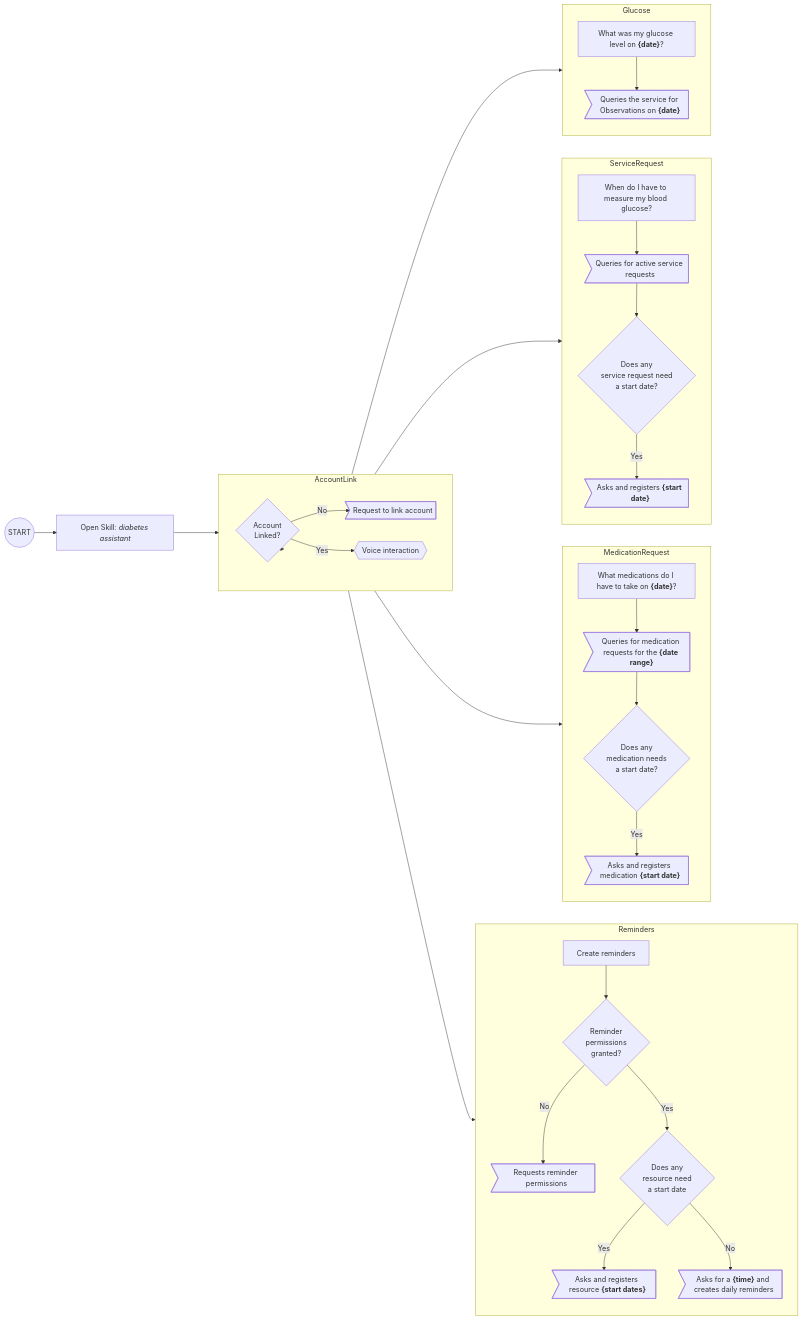
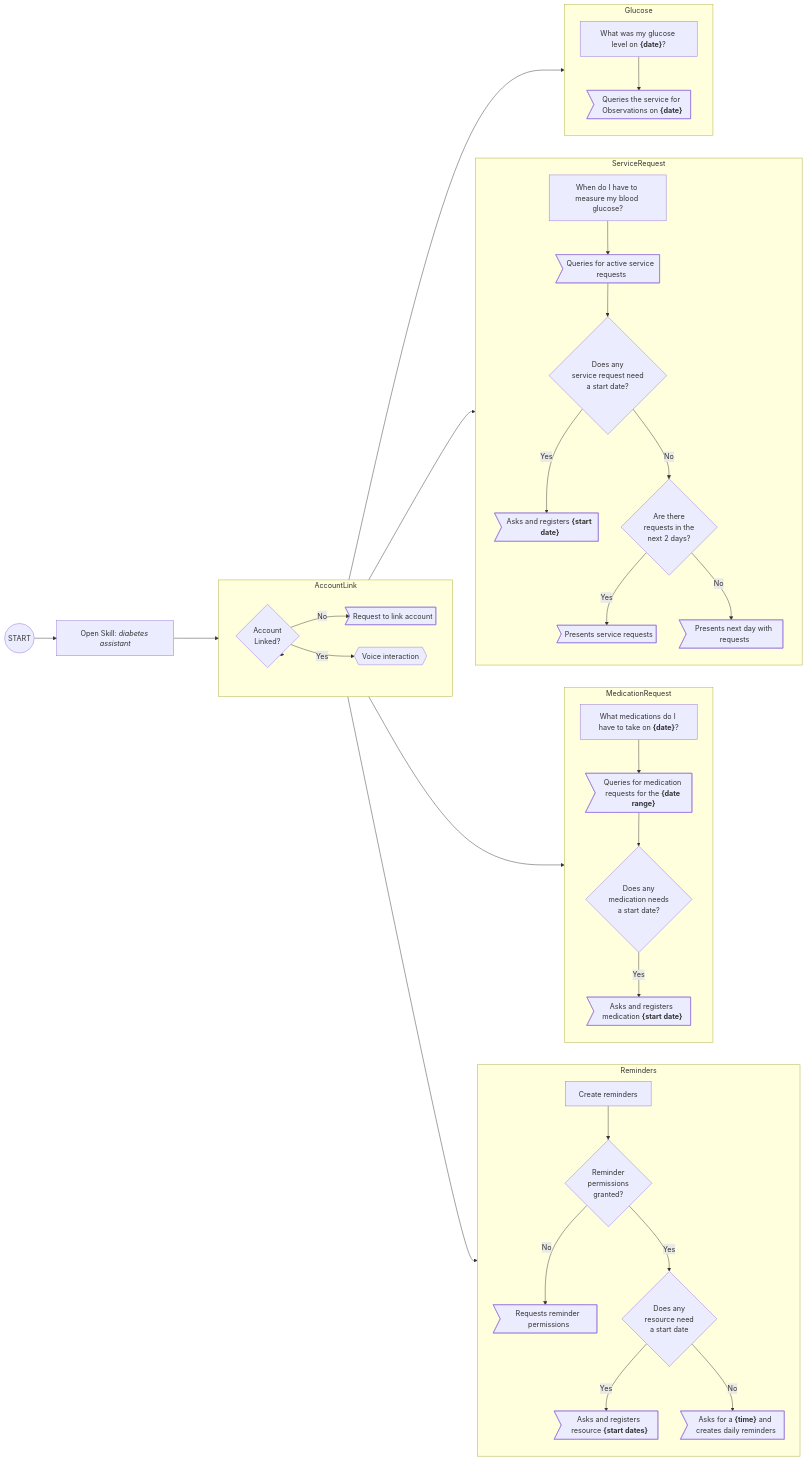
One commit to adonozo/diabetes-assistant-skill changed the sixth of 6 diagrams in alexa-model.md. Above: the diagram before and after it, drawn with Mermaid. The commit also changed other lines of this file and 2 other files, not shown here.

Commit message:
Add search service requests interaction model

````diff
--- a/alexa-model.md
+++ b/alexa-model.md
@@ -77,68 +83,74 @@
 ```mermaid
 flowchart LR
 
     S((START))
     A1["`Open Skill: *diabetes assistant*`"]
     C1{Account\nLinked?}
     R1>Request to link account]
     VI{{Voice interaction}}
     R3["`What was my glucose level on **{date}**?`"]
     A3>"`Queries the service for Observations on **{date}**`"]
     R4["`What medications do I have to take on **{date}**?`"]
     A4>"`Queries for medication requests for the **{date range}**`"]
     R5[Create reminders]
     A5A>"`Asks for a **{time}** and creates daily reminders`"]
     C2{Reminder\npermissions\ngranted?}
     A5B>Requests reminder permissions]
     C3{Does any\nmedication needs\na start date?}
     A4B>"`Asks and registers medication **{start date}**`"]
     C4{Does any\nresource need\na start date}
     A6>"`Asks and registers resource **{start dates}**`"]
     R7["When do I have to measure my blood glucose?"]
     A7>"Queries for active service requests"]
     C7{Does any<br>service request need<br>a start date?}
     A7B>"`Asks and registers **{start date}**`"]
+    C8{"Are there<br>requests in the<br>next 2 days?"}
+    A8A>"Presents service requests"]
+    A8B>"Presents next day with requests"]
 
     S --> A1
     A1 ---> C1
 
     AccountLink --> C1
 
     subgraph AccountLink
         direction LR
         C1 -->|No| R1
         C1 -->|Yes| VI
     end
 
     VI --> Glucose
 
     subgraph Glucose
         R3 --> A3
     end
     
     VI --> ServiceRequest
     
     subgraph ServiceRequest
         R7 --> A7
         A7 --> C7
         C7 -->|Yes| A7B
+        C7 -->|No| C8
+        C8 -->|Yes| A8A
+        C8 -->|No| A8B
     end
 
     VI --> MedicationRequest
 
     subgraph MedicationRequest
         R4 --> A4
         A4 --> C3
         C3 -->|Yes| A4B
     end
 
     VI --> Reminders
 
     subgraph Reminders
         R5 --> C2
         C2 -->|No| A5B
         C2 -->|Yes| C4
         C4 -->|Yes| A6
         C4 -->|No| A5A
     end
 ```
````
